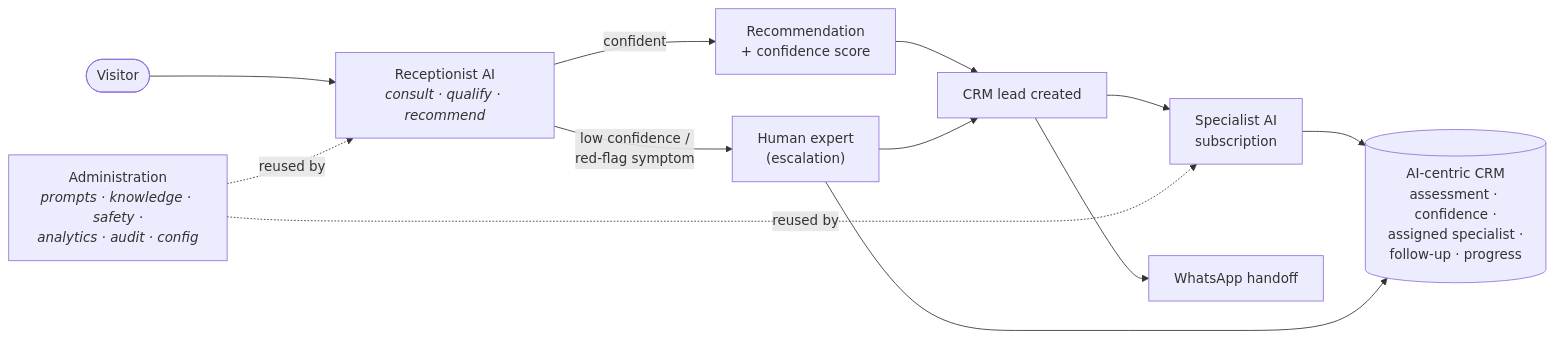
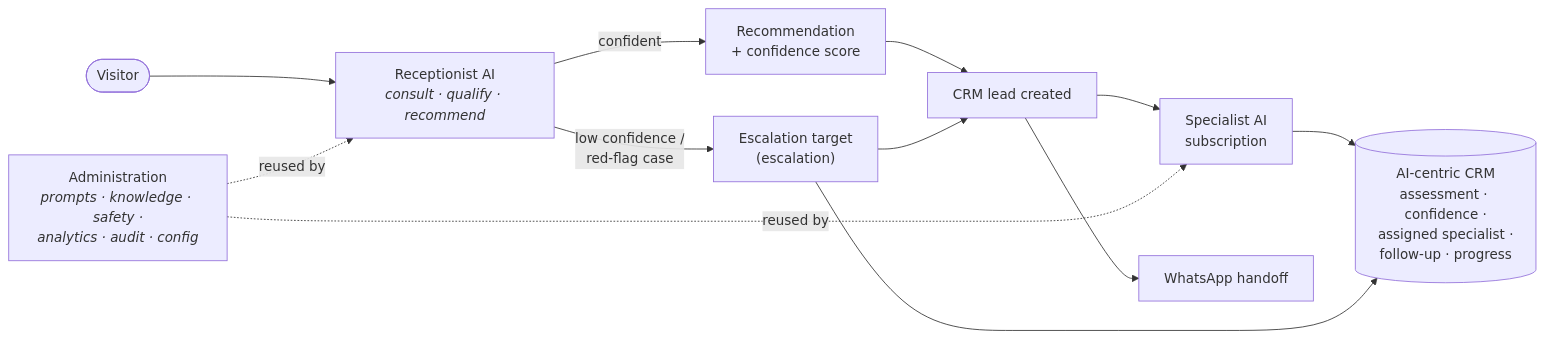
One commit to jayjay77uk/Juice-doctor changed the diagram in docs/architecture/15-ai-business-lifecycle.md. Above: the diagram before and after it, drawn with Mermaid. The commit also changed other lines of this file and 71 other files, not shown here.

````diff
--- a/docs/architecture/15-ai-business-lifecycle.md
+++ b/docs/architecture/15-ai-business-lifecycle.md
@@ -20,14 +20,14 @@
 ```mermaid
 flowchart LR
   V(["Visitor"]) --> R["Receptionist AI<br/><i>consult · qualify · recommend</i>"]
   R -->|"confident"| Rec["Recommendation<br/>+ confidence score"]
-  R -->|"low confidence /<br/>red-flag symptom"| H["Human expert<br/>(escalation)"]
+  R -->|"low confidence /<br/>red-flag case"| H["Escalation target<br/>(escalation)"]
   Rec --> Lead["CRM lead created"]
   Lead --> Sub["Specialist AI<br/>subscription"]
   Lead --> WA["WhatsApp handoff"]
   H --> Lead
   Sub --> CRM[("AI-centric CRM<br/>assessment · confidence ·<br/>assigned specialist ·<br/>follow-up · progress")]
   H --> CRM
   Admin["Administration<br/><i>prompts · knowledge · safety ·<br/>analytics · audit · config</i>"] -.reused by.-> R
   Admin -.reused by.-> Sub
 ```
````
